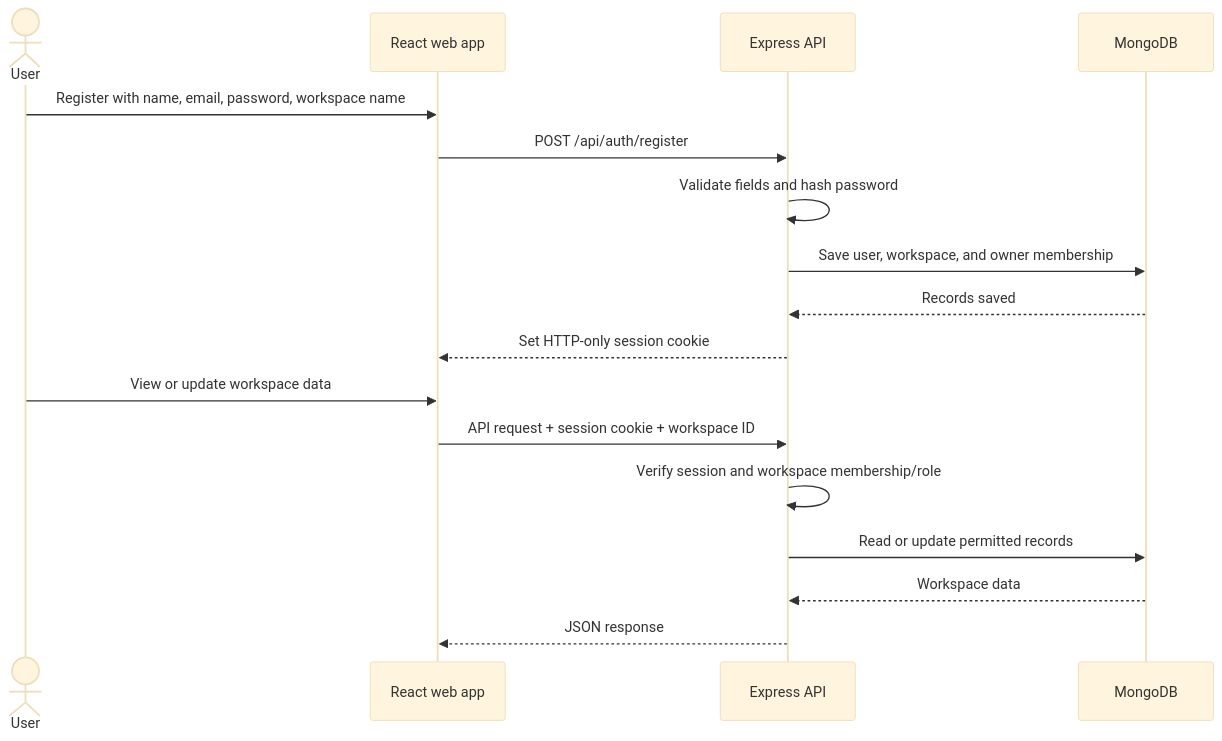
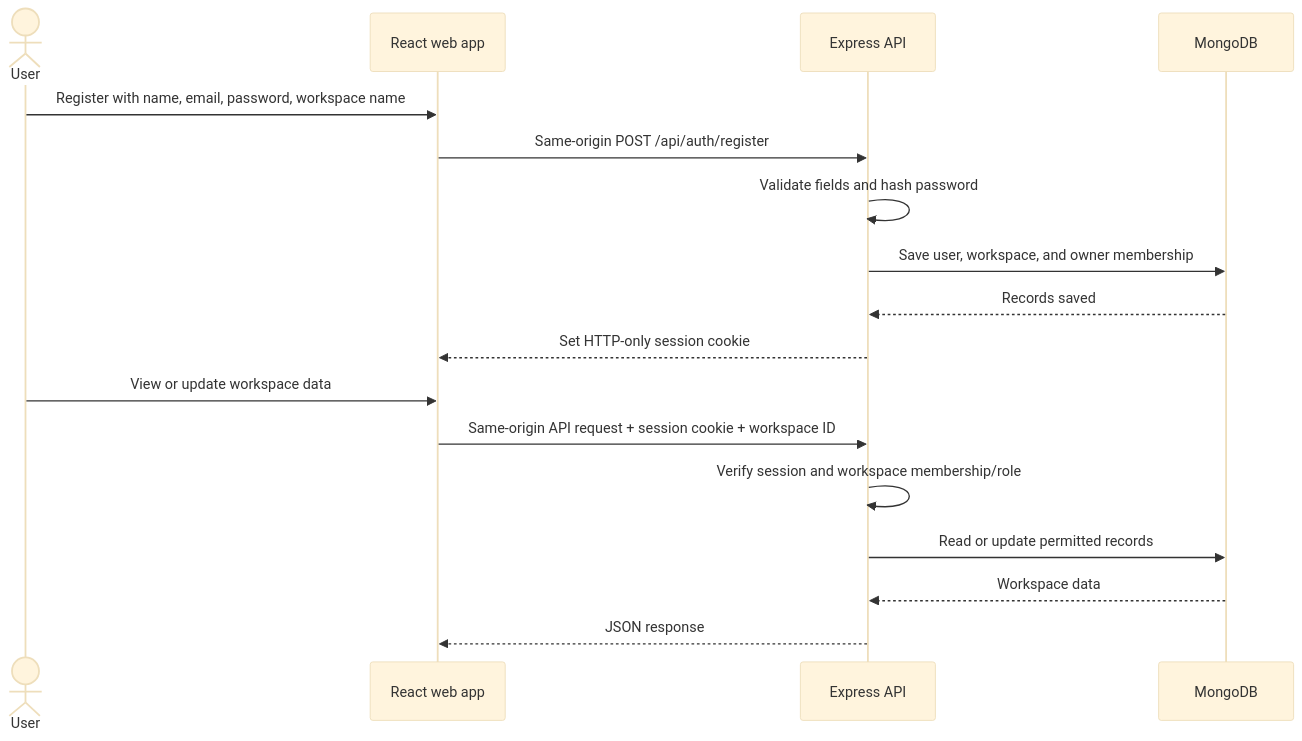
Before and after one commit to rachit1807/TaskFlow-Pro: the second of 3 diagrams in README.md, drawn with Mermaid (base theme). The commit also changed other lines of this file and 3 other files, not shown here.

Commit message:
Route API through web origin for Safari sessions

````diff
--- a/README.md
+++ b/README.md
@@ -82,20 +82,20 @@
 ```mermaid
 sequenceDiagram
     actor U as User
     participant W as React web app
     participant A as Express API
     participant M as MongoDB
 
     U->>W: Register with name, email, password, workspace name
-    W->>A: POST /api/auth/register
+    W->>A: Same-origin POST /api/auth/register
     A->>A: Validate fields and hash password
     A->>M: Save user, workspace, and owner membership
     M-->>A: Records saved
     A-->>W: Set HTTP-only session cookie
     U->>W: View or update workspace data
-    W->>A: API request + session cookie + workspace ID
+    W->>A: Same-origin API request + session cookie + workspace ID
     A->>A: Verify session and workspace membership/role
     A->>M: Read or update permitted records
     M-->>A: Workspace data
     A-->>W: JSON response
 ```
````
